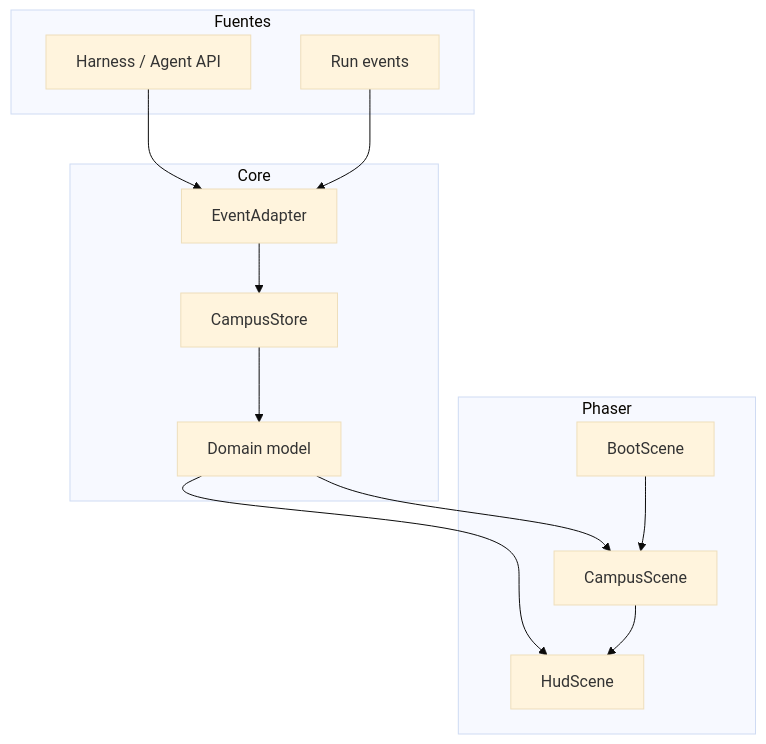
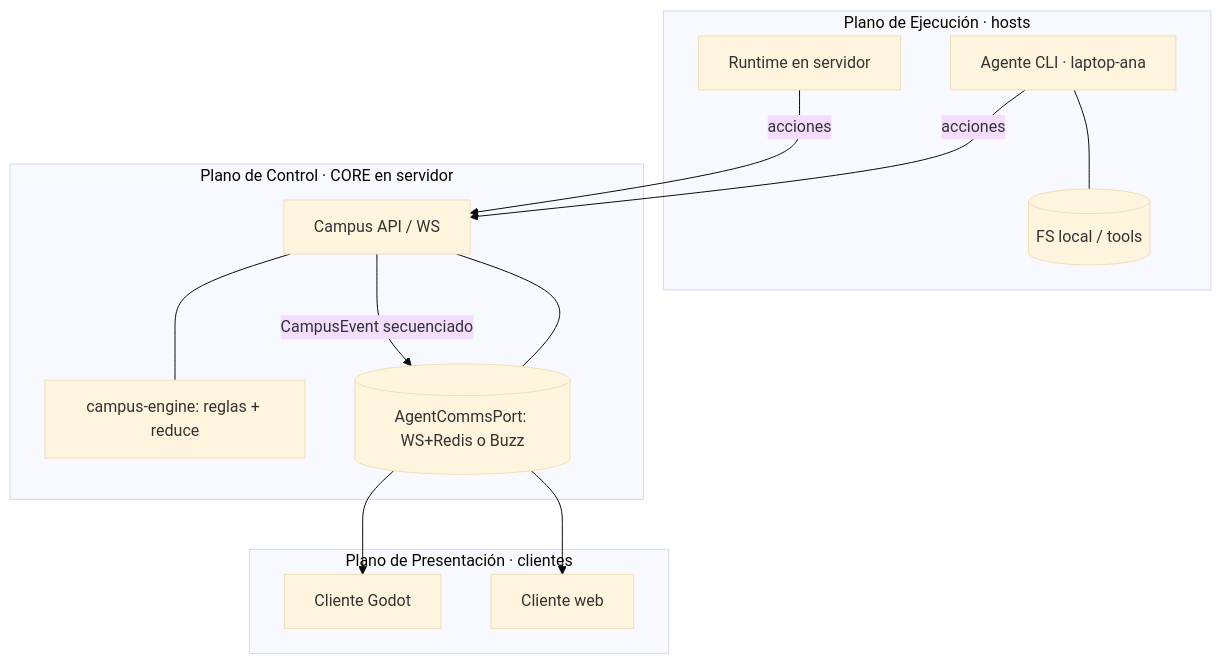
One commit to sodawave/agent-campus changed the fourth of 5 diagrams in docs/TECH_SPEC.md. Above: the diagram before and after it, drawn with Mermaid (base theme). The commit also changed other lines of this file, not shown here.

Commit message:
docs(TECH_SPEC): document 3-plane architecture (control/execution/presentation) + runtime→core→clients flow; reconcile Phaser residue

````diff
--- a/docs/TECH_SPEC.md
+++ b/docs/TECH_SPEC.md
@@ -307,28 +315,25 @@
 ```mermaid
 flowchart TB
-  subgraph sources [Fuentes]
-    HarnessAPI[Harness / Agent API]
-    Events[Run events]
+  subgraph exec [Plano de Ejecución · hosts]
+    CLI[Agente CLI · laptop-ana]
+    Srv[Runtime en servidor]
+    Files[(FS local / tools)]
+    CLI --- Files
   end
-
-  subgraph core [Core]
-    Adapter[EventAdapter]
-    Store[CampusStore]
-    Model[Domain model]
+  subgraph control [Plano de Control · CORE en servidor]
+    API[Campus API / WS]
+    Engine[campus-engine: reglas + reduce]
+    Bus[(AgentCommsPort: WS+Redis o Buzz)]
+    API --- Engine
+    API --- Bus
   end
-
-  subgraph phaser [Phaser]
-    Boot[BootScene]
-    Campus[CampusScene]
-    HUD[HudScene]
+  subgraph present [Plano de Presentación · clientes]
+    Godot[Cliente Godot]
+    Web[Cliente web]
   end
-
-  HarnessAPI --> Adapter
-  Events --> Adapter
-  Adapter --> Store
-  Store --> Model
-  Model --> Campus
-  Model --> HUD
-  Boot --> Campus
-  Campus --> HUD
+  CLI -->|acciones| API
+  Srv -->|acciones| API
+  API -->|CampusEvent secuenciado| Bus
+  Bus --> Godot
+  Bus --> Web
 ```
````
